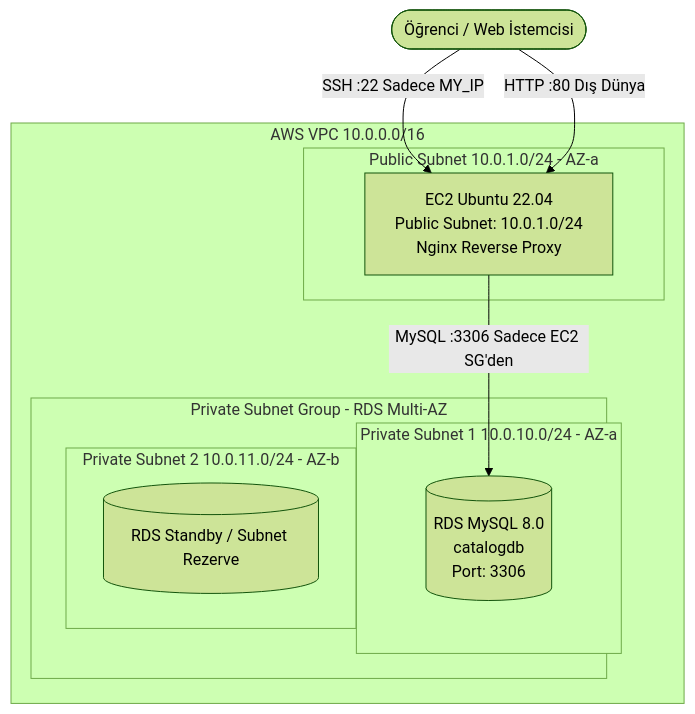
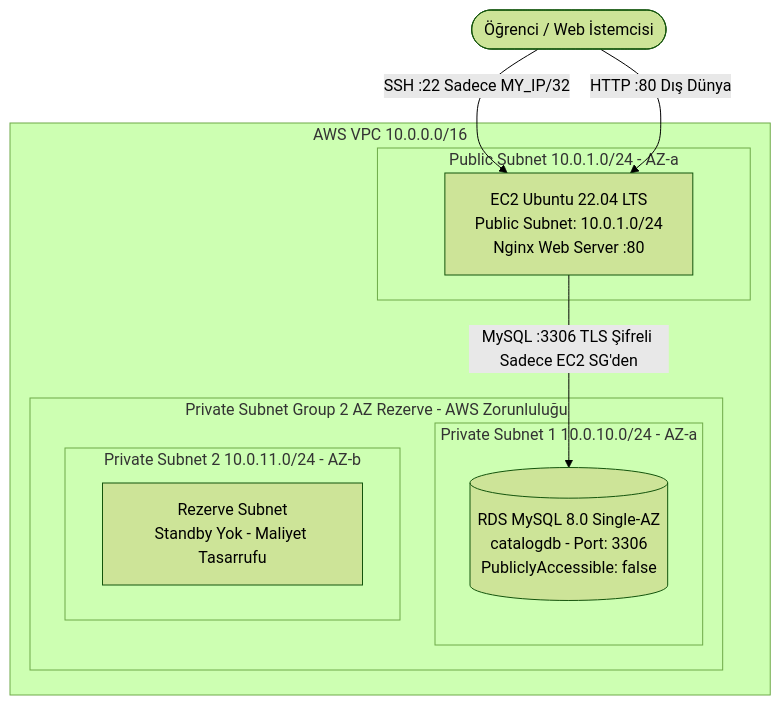
The diagram in docs/labs/LAB-02-AWS-BASICS.md (devopsatolyesi-labs/novashop), drawn with Mermaid (forest theme) before and after one commit. The commit also changed other lines of this file and 3 other files, not shown here.

Commit message:
fix(docs): resolve M02 review findings in LAB-02-AWS-BASICS and add PROFILES architecture doc

````diff
--- a/docs/labs/LAB-02-AWS-BASICS.md
+++ b/docs/labs/LAB-02-AWS-BASICS.md
@@ -32,22 +34,22 @@
 ```mermaid
 graph TD
-    User([Öğrenci / Web İstemcisi]) -->|SSH :22 Sadece MY_IP| EC2[EC2 Ubuntu 22.04<br/>Public Subnet: 10.0.1.0/24<br/>Nginx Reverse Proxy]
+    User([Öğrenci / Web İstemcisi]) -->|SSH :22 Sadece MY_IP/32| EC2[EC2 Ubuntu 22.04 LTS<br/>Public Subnet: 10.0.1.0/24<br/>Nginx Web Server :80]
     User -->|HTTP :80 Dış Dünya| EC2
     
     subgraph AWS VPC 10.0.0.0/16
         subgraph Public Subnet 10.0.1.0/24 - AZ-a
             EC2
         end
 
-        subgraph Private Subnet Group - RDS Multi-AZ
+        subgraph Private Subnet Group 2 AZ Rezerve - AWS Zorunluluğu
             subgraph Private Subnet 1 10.0.10.0/24 - AZ-a
-                RDS[(RDS MySQL 8.0<br/>catalogdb<br/>Port: 3306)]
+                RDS[(RDS MySQL 8.0 Single-AZ<br/>catalogdb - Port: 3306<br/>PubliclyAccessible: false)]
             end
             subgraph Private Subnet 2 10.0.11.0/24 - AZ-b
-                RDS_Standby[(RDS Standby / Subnet Rezerve)]
+                Subnet2[Rezerve Subnet<br/>Standby Yok - Maliyet Tasarrufu]
             end
         end
     end
 
-    EC2 -->|MySQL :3306 Sadece EC2 SG'den| RDS
+    EC2 -->|MySQL :3306 TLS Şifreli Sadece EC2 SG'den| RDS
 ```
````
